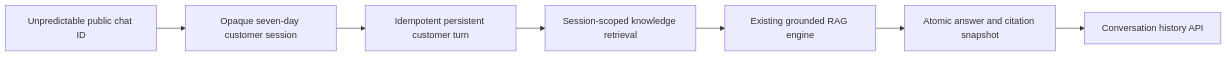
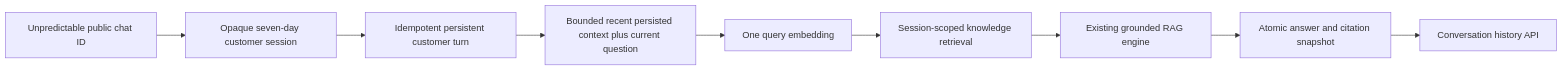
One commit to TheVJ0000/SupportPilot-AI changed the fifth of 7 diagrams in docs/ARCHITECTURE.md. Above: the diagram before and after it, drawn with Mermaid. The commit also changed other lines of this file and 8 other files, not shown here.

````diff
--- a/docs/ARCHITECTURE.md
+++ b/docs/ARCHITECTURE.md
@@ -144,9 +144,11 @@
 ```mermaid
 flowchart LR
     ID[Unpredictable public chat ID] --> SESSION[Opaque seven-day customer session]
     SESSION --> TURN[Idempotent persistent customer turn]
-    TURN --> RET[Session-scoped knowledge retrieval]
+    TURN --> CONTEXT[Bounded recent persisted context plus current question]
+    CONTEXT --> EMBED[One query embedding]
+    EMBED --> RET[Session-scoped knowledge retrieval]
     RET --> RAG[Existing grounded RAG engine]
     RAG --> SAVE[Atomic answer and citation snapshot]
     SAVE --> HISTORY[Conversation history API]
 ```
````
